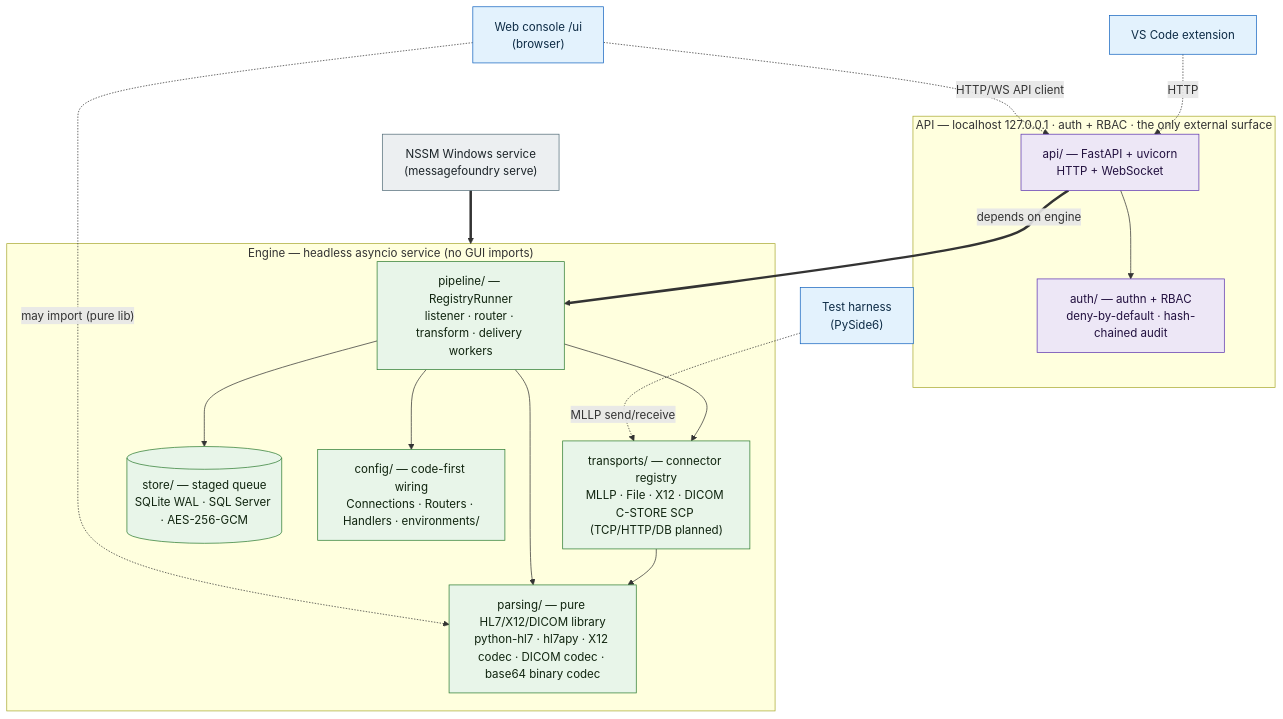
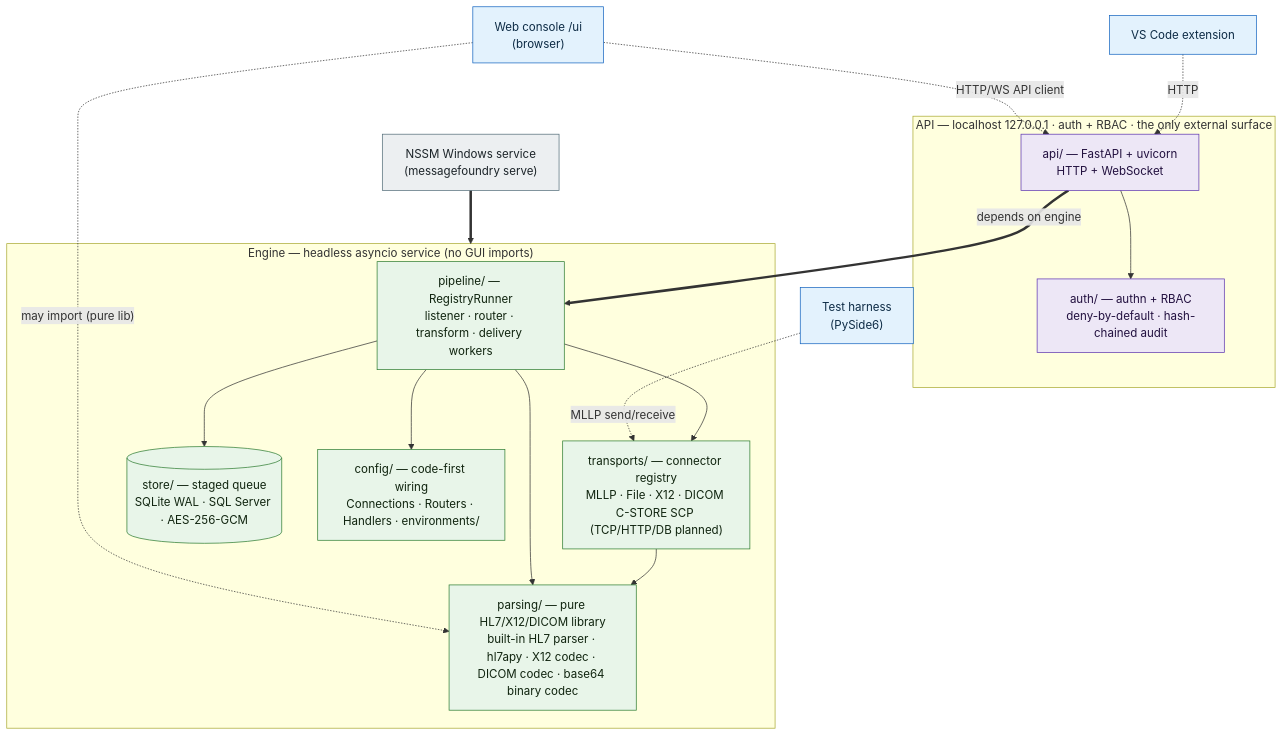
The first of 3 diagrams in docs/ARCHITECTURE.md (MEFORORG/MessageFoundry), drawn with Mermaid before and after one commit. The commit also changed other lines of this file and 14 other files, not shown here.

````diff
--- a/docs/ARCHITECTURE.md
+++ b/docs/ARCHITECTURE.md
@@ -72,42 +72,42 @@
 ```mermaid
 flowchart TB
   classDef client fill:#e3f2fd,stroke:#1565c0,color:#0d2b45;
   classDef api fill:#ede7f6,stroke:#5e35b1,color:#22103f;
   classDef engine fill:#e8f5e9,stroke:#2e7d32,color:#10240f;
   classDef deploy fill:#eceff1,stroke:#546e7a,color:#1c2429;
 
   CON["Web console /ui<br/>(browser)"]:::client
   IDE["VS Code extension"]:::client
   HARNESS["Test harness<br/>(PySide6)"]:::client
 
   subgraph API_BND["API — localhost 127.0.0.1 · auth + RBAC · the only external surface"]
     API["api/ — FastAPI + uvicorn<br/>HTTP + WebSocket"]:::api
     AUTH["auth/ — authn + RBAC<br/>deny-by-default · hash-chained audit"]:::api
   end
 
   subgraph ENGINE["Engine — headless asyncio service (no GUI imports)"]
     PIPE["pipeline/ — RegistryRunner<br/>listener · router · transform · delivery workers"]:::engine
     TRANS["transports/ — connector registry<br/>MLLP · File · X12 · DICOM C-STORE SCP (TCP/HTTP/DB planned)"]:::engine
-    PARSE["parsing/ — pure HL7/X12/DICOM library<br/>python-hl7 · hl7apy · X12 codec · DICOM codec · base64 binary codec"]:::engine
+    PARSE["parsing/ — pure HL7/X12/DICOM library<br/>built-in HL7 parser · hl7apy · X12 codec · DICOM codec · base64 binary codec"]:::engine
     STORE[("store/ — staged queue<br/>SQLite WAL · SQL Server · AES-256-GCM")]:::engine
     CFG["config/ — code-first wiring<br/>Connections · Routers · Handlers · environments/"]:::engine
   end
 
   NSSM["NSSM Windows service<br/>(messagefoundry serve)"]:::deploy
 
   CON -.->|"HTTP/WS API client"| API
   IDE -.->|"HTTP"| API
   HARNESS -.->|"MLLP send/receive"| TRANS
   CON -.->|"may import (pure lib)"| PARSE
 
   API --> AUTH
   API ==>|"depends on engine"| PIPE
 
   PIPE --> TRANS
   PIPE --> PARSE
   PIPE --> STORE
   PIPE --> CFG
   TRANS --> PARSE
 
   NSSM ==> ENGINE
 ```
````
